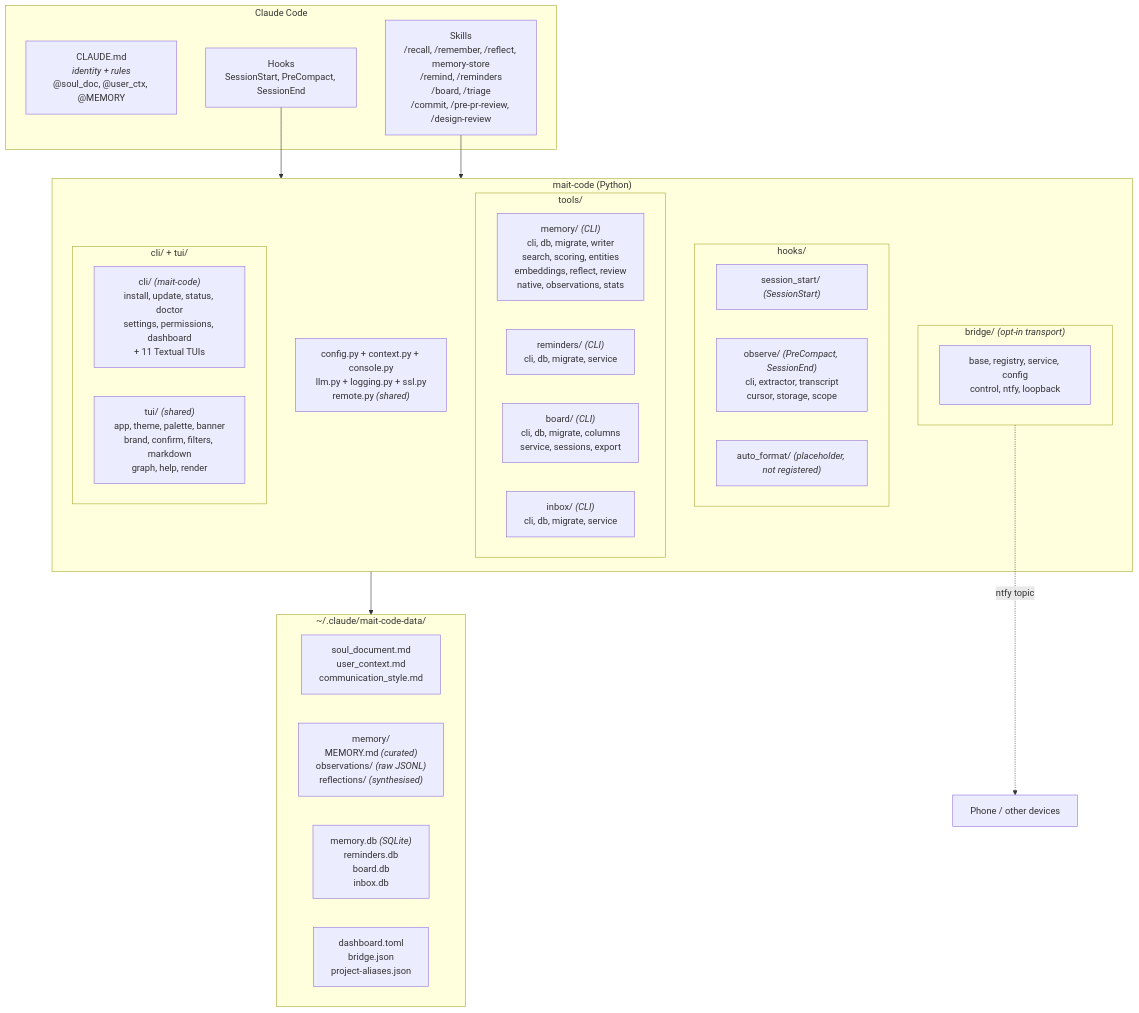
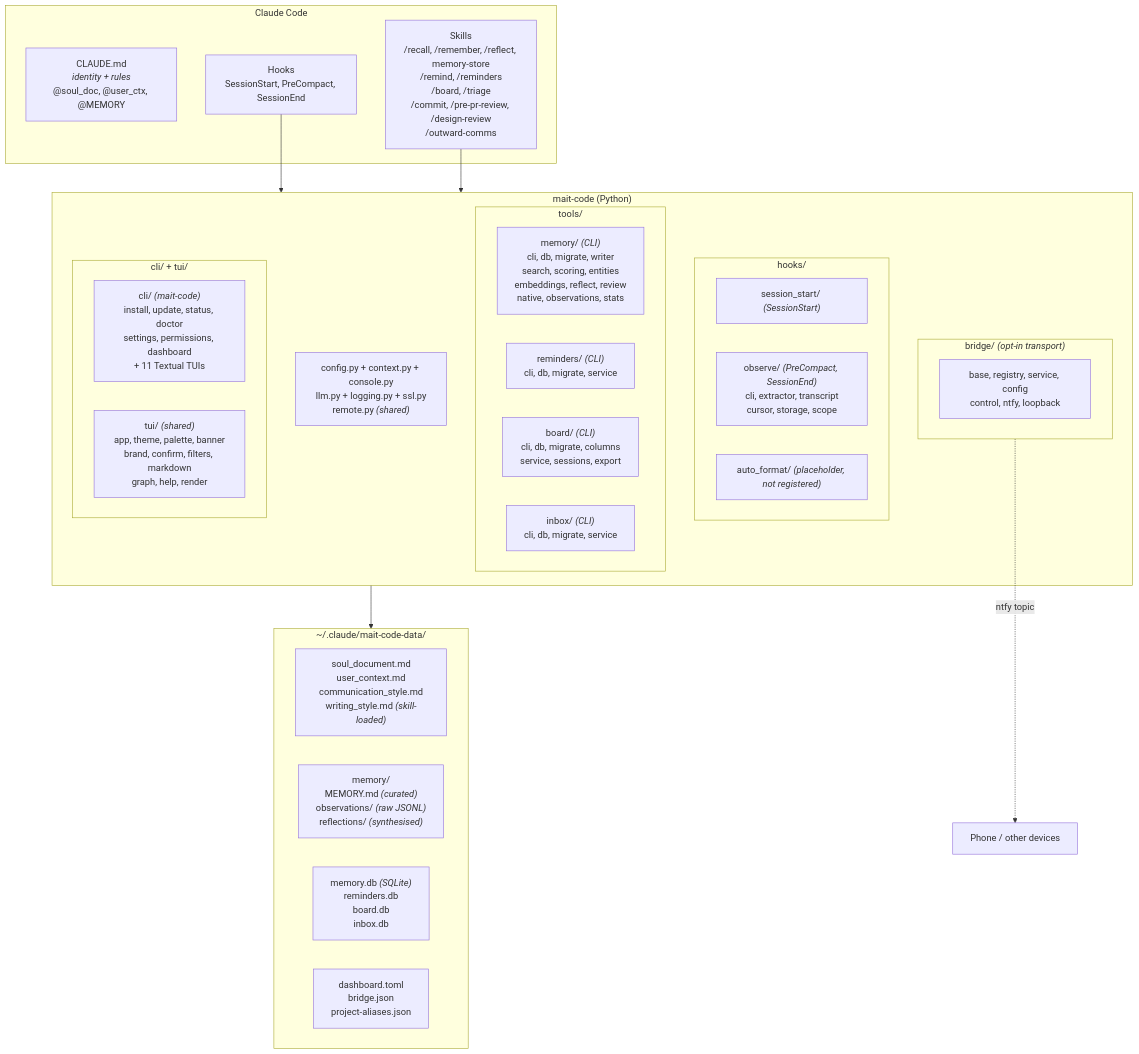
The first of 4 diagrams in docs/architecture.md (wiktordepina/mait-code), drawn with Mermaid before and after one commit. The commit also changed other lines of this file and 16 other files, not shown here.

First line of the commit message:
feat(skills): add /outward-comms with a user-owned writing_style.md

````diff
--- a/docs/architecture.md
+++ b/docs/architecture.md
@@ -14,42 +14,42 @@
 ```mermaid
 graph TD
     subgraph claude_code ["Claude Code"]
         CLAUDE_MD["CLAUDE.md<br/><i>identity + rules</i><br/>@soul_doc, @user_ctx, @MEMORY"]
         HOOKS["Hooks<br/>SessionStart, PreCompact, SessionEnd"]
-        SKILLS["Skills<br/>/recall, /remember, /reflect, memory-store<br/>/remind, /reminders<br/>/board, /triage<br/>/commit, /pre-pr-review, /design-review"]
+        SKILLS["Skills<br/>/recall, /remember, /reflect, memory-store<br/>/remind, /reminders<br/>/board, /triage<br/>/commit, /pre-pr-review, /design-review<br/>/outward-comms"]
     end
 
     subgraph mait_code ["mait-code (Python)"]
         subgraph hooks_pkg ["hooks/"]
             session_start["session_start/ <i>(SessionStart)</i>"]
             observe["observe/ <i>(PreCompact, SessionEnd)</i><br/>cli, extractor, transcript<br/>cursor, storage, scope"]
             auto_format["auto_format/ <i>(placeholder, not registered)</i>"]
         end
         subgraph tools_pkg ["tools/"]
             memory_tool["memory/ <i>(CLI)</i><br/>cli, db, migrate, writer<br/>search, scoring, entities<br/>embeddings, reflect, review<br/>native, observations, stats"]
             reminders_tool["reminders/ <i>(CLI)</i><br/>cli, db, migrate, service"]
             board_tool["board/ <i>(CLI)</i><br/>cli, db, migrate, columns<br/>service, sessions, export"]
             inbox_tool["inbox/ <i>(CLI)</i><br/>cli, db, migrate, service"]
         end
         subgraph bridge_pkg ["bridge/ <i>(opt-in transport)</i>"]
             bridge_core["base, registry, service, config<br/>control, ntfy, loopback"]
         end
         subgraph ui_pkg ["cli/ + tui/"]
             cli_layer["cli/ <i>(mait-code)</i><br/>install, update, status, doctor<br/>settings, permissions, dashboard<br/>+ 11 Textual TUIs"]
             tui_layer["tui/ <i>(shared)</i><br/>app, theme, palette, banner<br/>brand, confirm, filters, markdown<br/>graph, help, render"]
         end
         shared["config.py + context.py + console.py<br/>llm.py + logging.py + ssl.py<br/>remote.py <i>(shared)</i>"]
     end
 
     subgraph data_dir ["~/.claude/mait-code-data/"]
-        identity["soul_document.md<br/>user_context.md<br/>communication_style.md"]
+        identity["soul_document.md<br/>user_context.md<br/>communication_style.md<br/>writing_style.md <i>(skill-loaded)</i>"]
         memory_store["memory/<br/>MEMORY.md <i>(curated)</i><br/>observations/ <i>(raw JSONL)</i><br/>reflections/ <i>(synthesised)</i>"]
         other_dbs["memory.db <i>(SQLite)</i><br/>reminders.db<br/>board.db<br/>inbox.db"]
         cfg["dashboard.toml<br/>bridge.json<br/>project-aliases.json"]
     end
 
     HOOKS --> mait_code
     SKILLS --> mait_code
     mait_code --> data_dir
     bridge_pkg -.->|"ntfy topic"| phone["Phone / other devices"]
 ```
````
